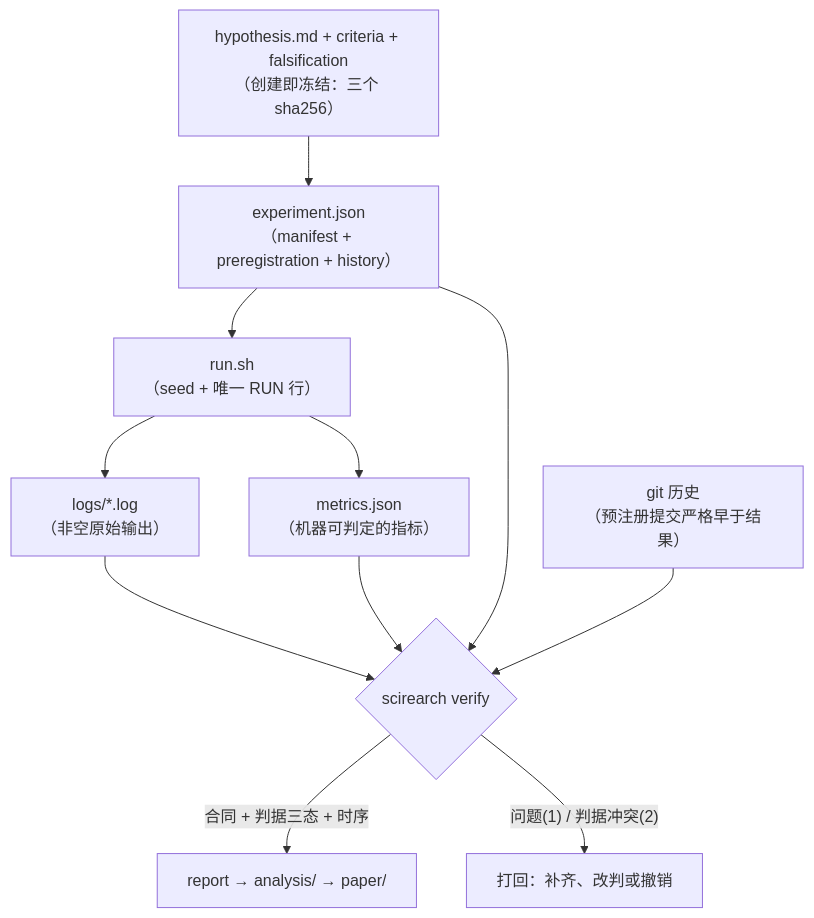
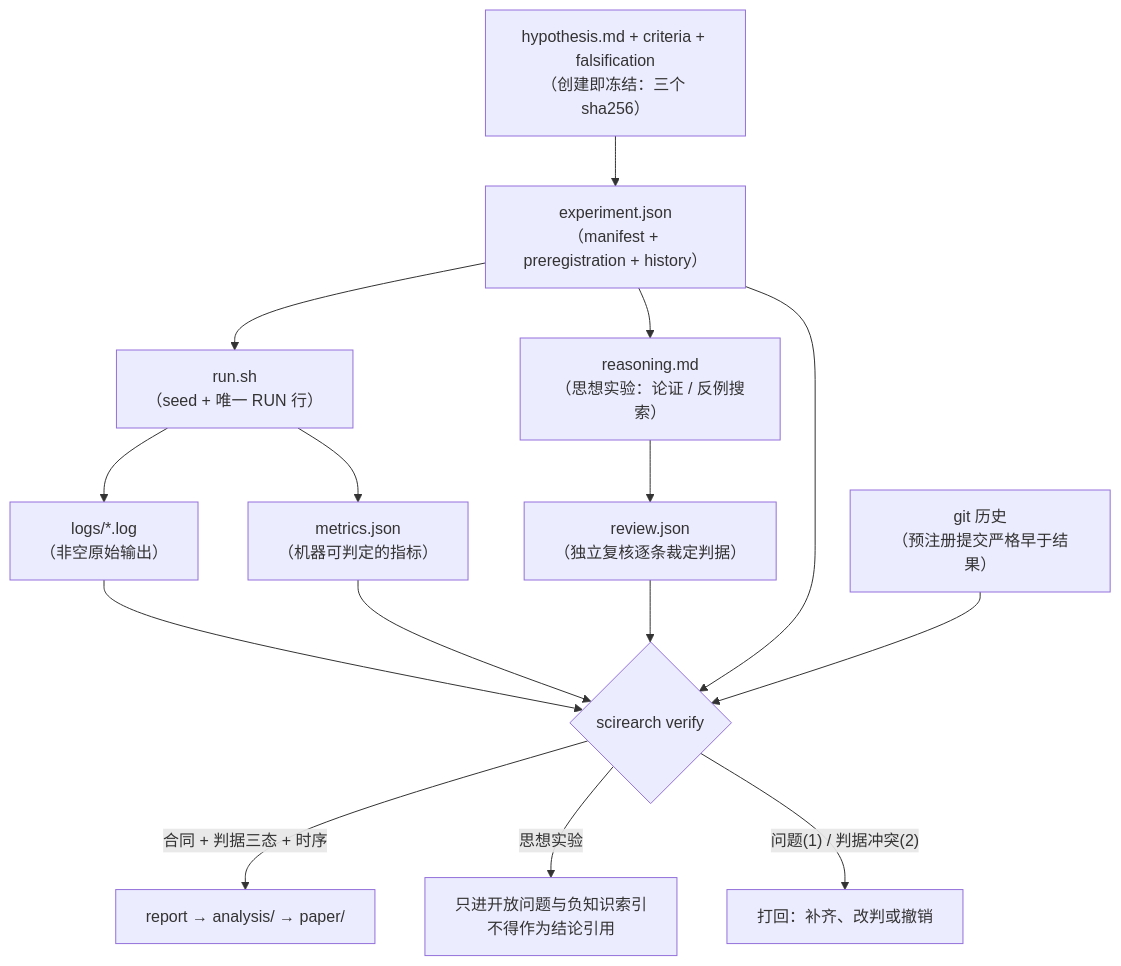
One commit to ckyOL/scienceRearch changed the diagram in docs/architecture.md. Above: the diagram before and after it, drawn with Mermaid. The commit also changed other lines of this file and 15 other files, not shown here.

````diff
--- a/docs/architecture.md
+++ b/docs/architecture.md
@@ -19,13 +19,17 @@
 ```mermaid
 flowchart TB
   H["hypothesis.md + criteria + falsification<br/>（创建即冻结：三个 sha256）"] --> M["experiment.json<br/>（manifest + preregistration + history）"]
   M --> R["run.sh<br/>（seed + 唯一 RUN 行）"]
   R --> L["logs/*.log<br/>（非空原始输出）"]
   R --> K["metrics.json<br/>（机器可判定的指标）"]
+  M --> RT["reasoning.md<br/>（思想实验：论证 / 反例搜索）"]
+  RT --> RV["review.json<br/>（独立复核逐条裁定判据）"]
   L --> V{"scirearch verify"}
   K --> V
+  RV --> V
   M --> V
   G["git 历史<br/>（预注册提交严格早于结果）"] --> V
   V -->|"合同 + 判据三态 + 时序"| P["report → analysis/ → paper/"]
+  V -->|"思想实验"| Q["只进开放问题与负知识索引<br/>不得作为结论引用"]
   V -->|"问题(1) / 判据冲突(2)"| B["打回：补齐、改判或撤销"]
 ```
````
